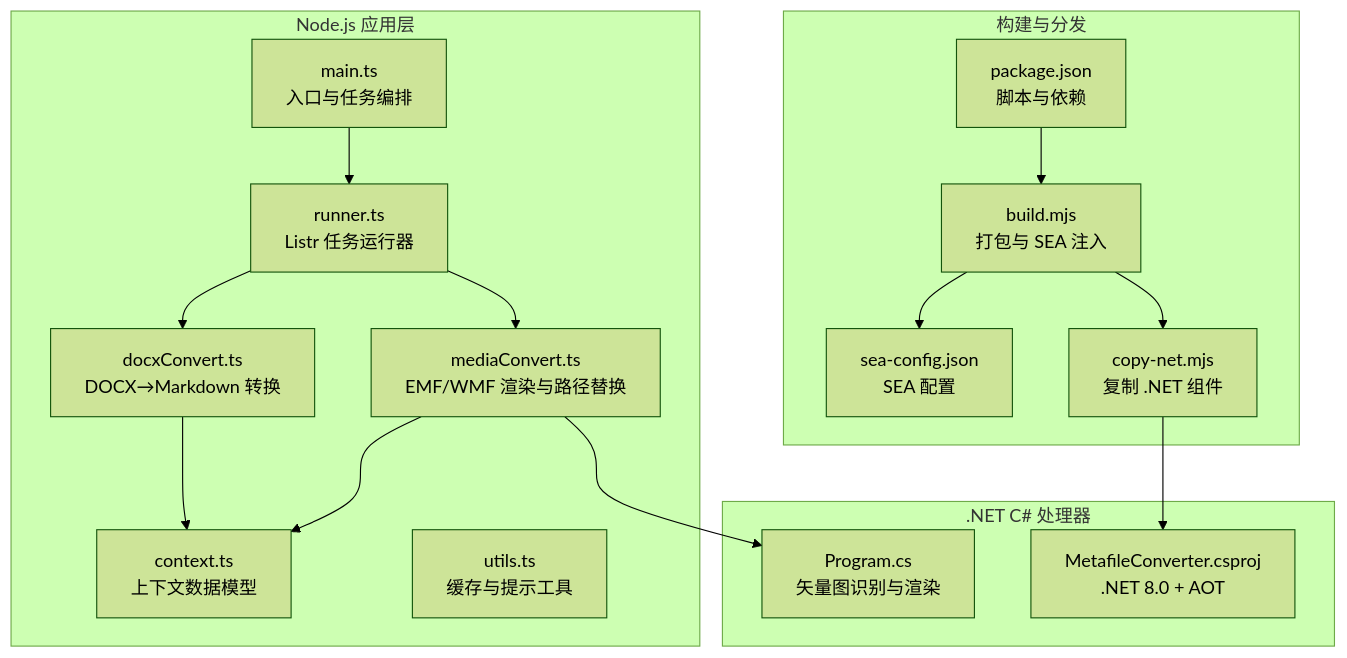
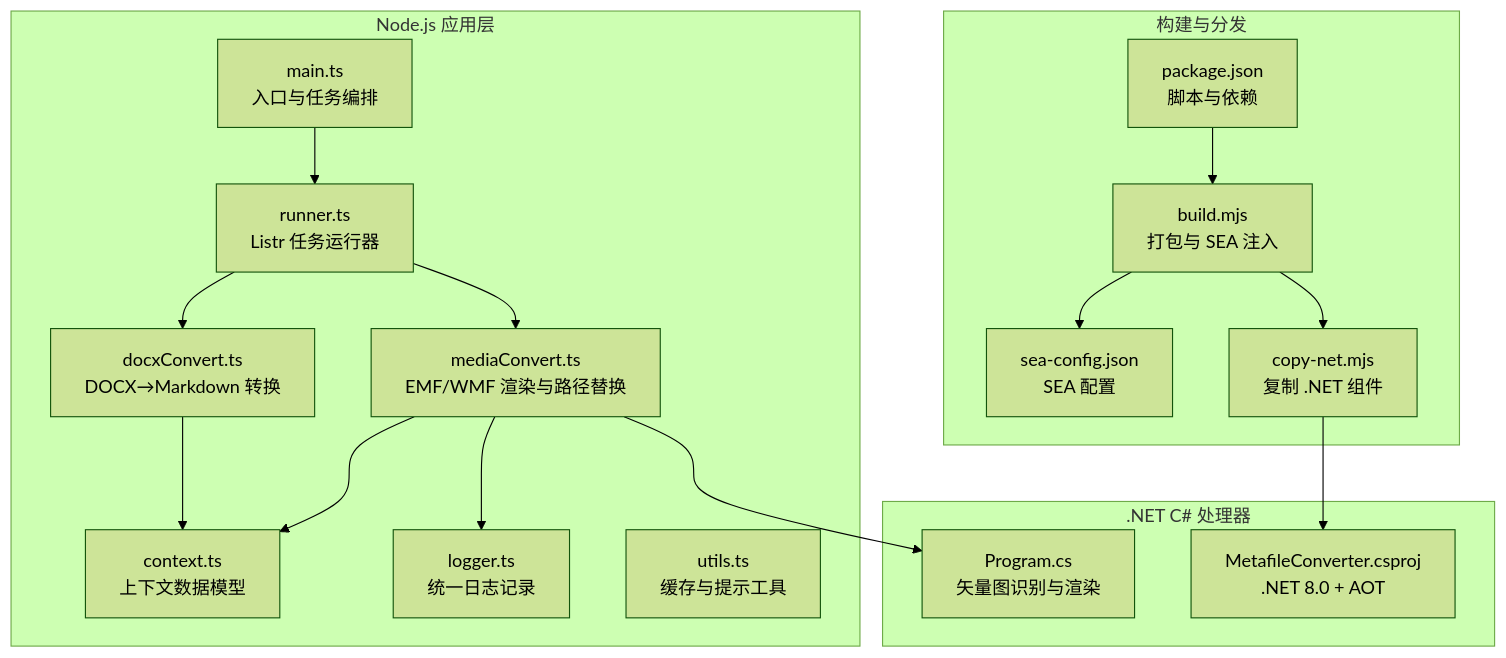
The first of 7 diagrams in .qoder/repowiki/zh/content/矢量媒体处理.md (hllshiro/doc2md-cli), drawn with Mermaid (forest theme) before and after one commit. The commit also changed other lines of this file and 5 other files, not shown here.

````diff
--- a/.qoder/repowiki/zh/content/矢量媒体处理.md
+++ b/.qoder/repowiki/zh/content/矢量媒体处理.md
@@ -41,31 +44,33 @@
 ```mermaid
 graph TB
 subgraph "Node.js 应用层"
 MAIN["main.ts<br/>入口与任务编排"]
 RUNNER["runner.ts<br/>Listr 任务运行器"]
 DOCX["docxConvert.ts<br/>DOCX→Markdown 转换"]
 MEDIA["mediaConvert.ts<br/>EMF/WMF 渲染与路径替换"]
+LOGGER["logger.ts<br/>统一日志记录"]
 CTX["context.ts<br/>上下文数据模型"]
 UTILS["utils.ts<br/>缓存与提示工具"]
 end
 subgraph ".NET C# 处理器"
 CS_PROJ["MetafileConverter.csproj<br/>.NET 8.0 + AOT"]
 CS_MAIN["Program.cs<br/>矢量图识别与渲染"]
 end
 subgraph "构建与分发"
 BUILD["build.mjs<br/>打包与 SEA 注入"]
 COPYNET["copy-net.mjs<br/>复制 .NET 组件"]
 PKG["package.json<br/>脚本与依赖"]
 SEA["sea-config.json<br/>SEA 配置"]
 end
 MAIN --> RUNNER
 RUNNER --> DOCX
 RUNNER --> MEDIA
 DOCX --> CTX
 MEDIA --> CTX
+MEDIA --> LOGGER
 MEDIA --> CS_MAIN
 BUILD --> SEA
 BUILD --> COPYNET
 COPYNET --> CS_PROJ
 PKG --> BUILD
 ```
````
